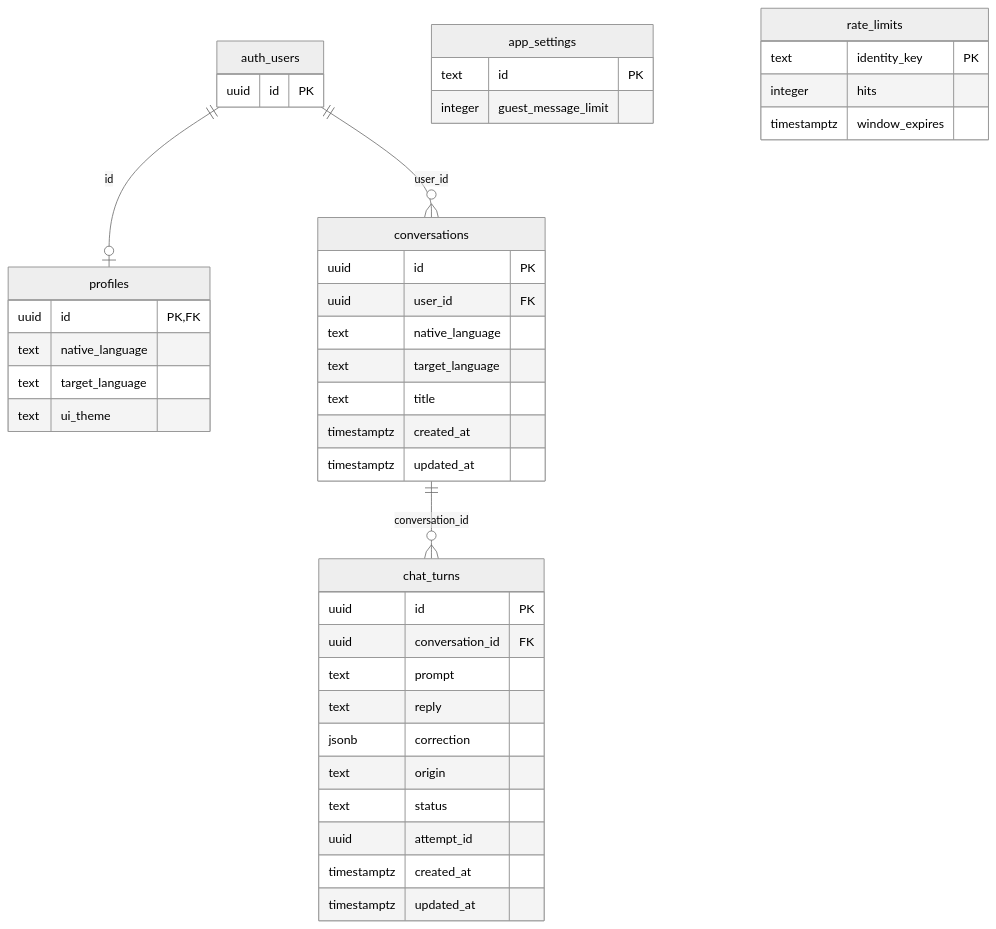
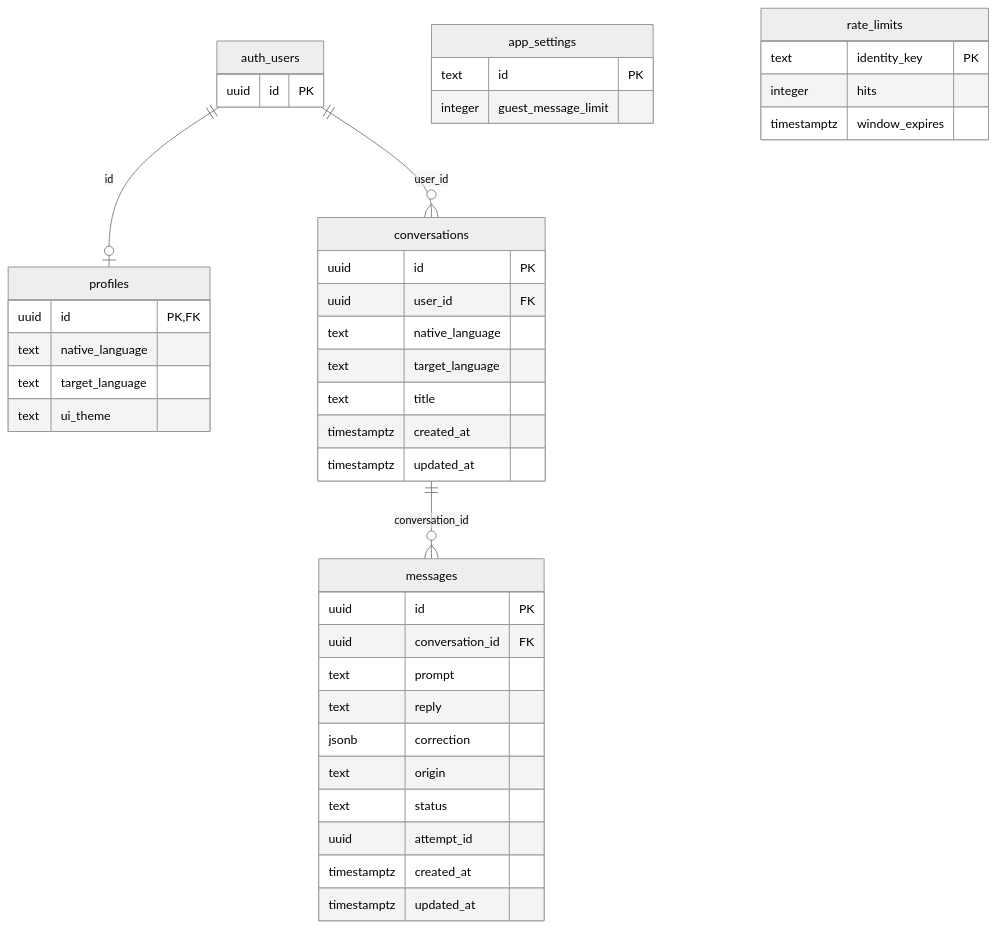
Before and after one commit to Yvesei/LangBot: the sixth of 6 diagrams in README.md, drawn with Mermaid (neutral theme). The commit also changed other lines of this file and 5 other files, not shown here.

Commit message:
refactor: rename chat turns to messages

````diff
--- a/README.md
+++ b/README.md
@@ -268,45 +268,45 @@
 ```mermaid
 erDiagram
     auth_users {
         uuid id PK
     }
     profiles {
         uuid id PK, FK
         text native_language
         text target_language
         text ui_theme
     }
     app_settings {
         text id PK
         integer guest_message_limit
     }
     rate_limits {
         text identity_key PK
         integer hits
         timestamptz window_expires
     }
     conversations {
         uuid id PK
         uuid user_id FK
         text native_language
         text target_language
         text title
         timestamptz created_at
         timestamptz updated_at
     }
-    chat_turns {
+    messages {
         uuid id PK
         uuid conversation_id FK
         text prompt
         text reply
         jsonb correction
         text origin
         text status
         uuid attempt_id
         timestamptz created_at
         timestamptz updated_at
     }
     auth_users ||--o| profiles : id
     auth_users ||--o{ conversations : user_id
-    conversations ||--o{ chat_turns : conversation_id
+    conversations ||--o{ messages : conversation_id
 ```
````
